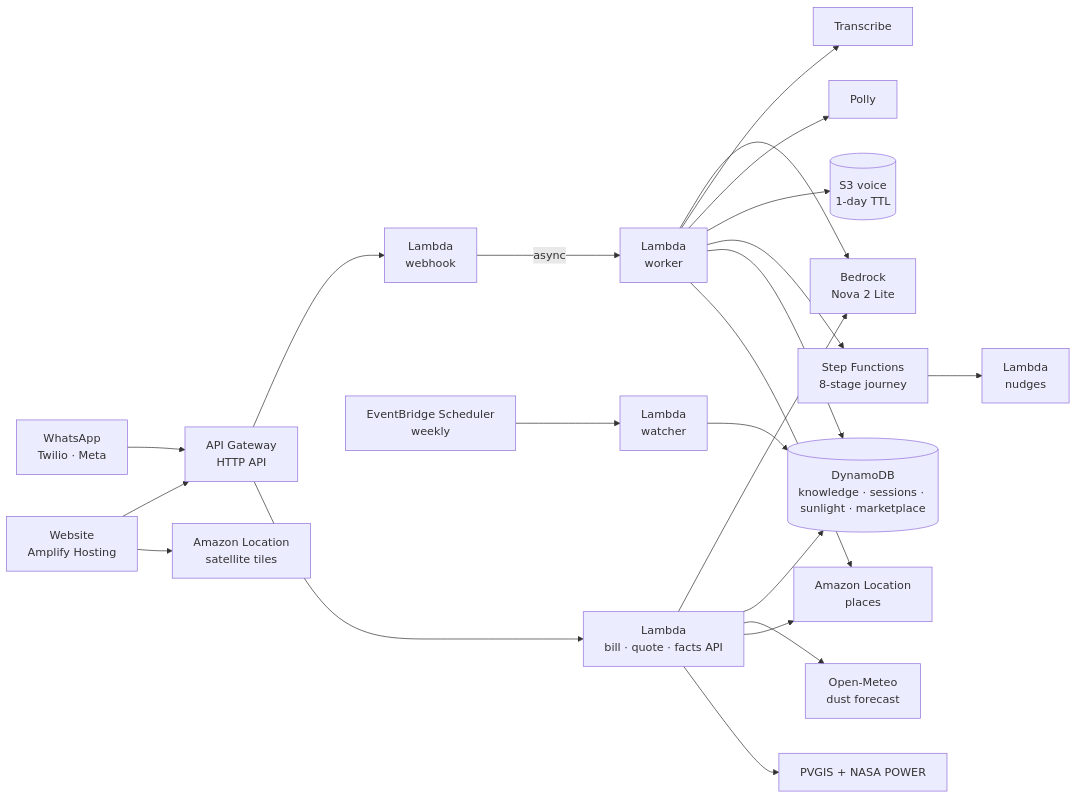
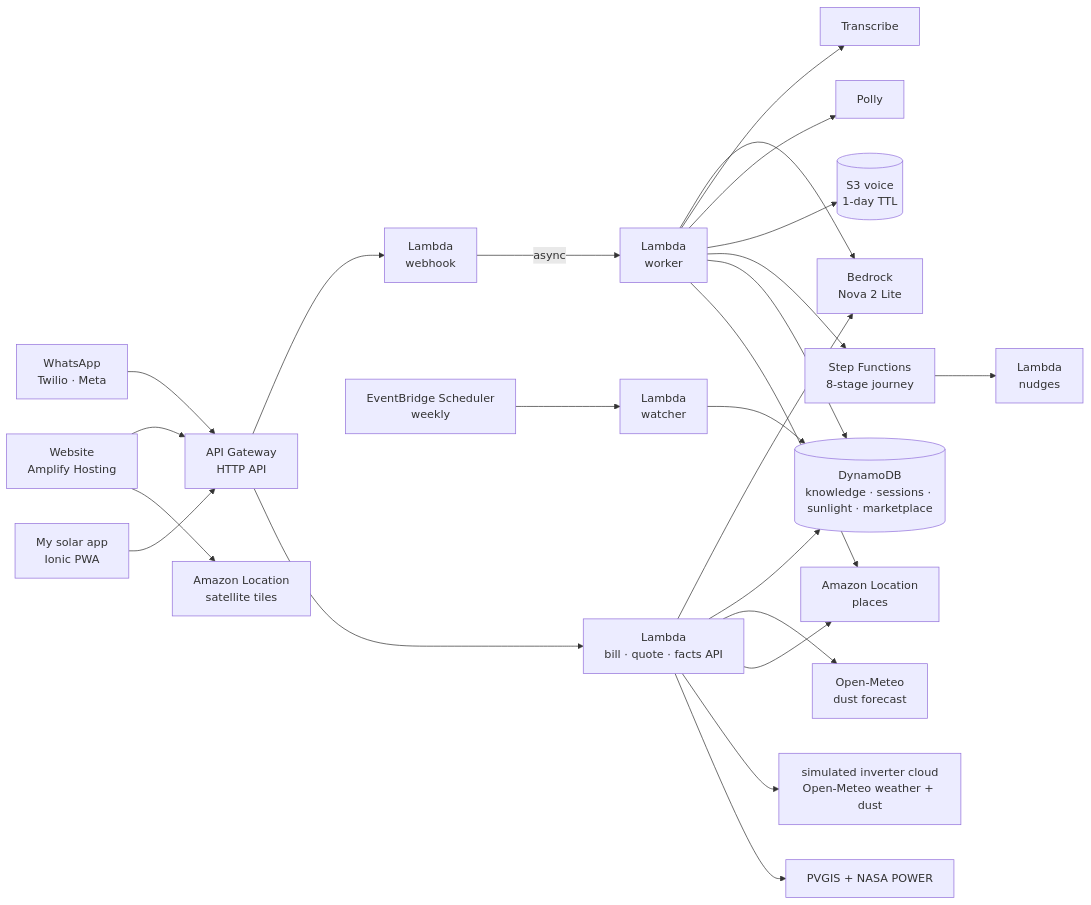
Before and after one commit to piyushk-dev/roshni: the diagram in README.md, drawn with Mermaid. The commit also changed other lines of this file and 4 other files, not shown here.

Commit message:
Docs and site for the My solar app; Hindi commands answered in Hindi

````diff
--- a/README.md
+++ b/README.md
@@ -49,17 +50,19 @@
 ```mermaid
 flowchart LR
   WA[WhatsApp<br/>Twilio · Meta] --> GW[API Gateway<br/>HTTP API]
   WEB[Website<br/>Amplify Hosting] --> GW
   GW --> HOOK[Lambda<br/>webhook] -->|async| WORK[Lambda<br/>worker]
   GW --> API[Lambda<br/>bill · quote · facts API]
   WORK --> BR[Bedrock<br/>Nova 2 Lite]
   API --> BR
   WORK --> TR[Transcribe] & PO[Polly] & S3[(S3 voice<br/>1-day TTL)]
   WORK --> SF[Step Functions<br/>8-stage journey] --> JL[Lambda<br/>nudges]
   WORK & API --> DDB[(DynamoDB<br/>knowledge · sessions · sunlight · marketplace)]
   API --> AQ[Open-Meteo<br/>dust forecast]
   WORK & API --> LOC[Amazon Location<br/>places]
   WEB --> TILES[Amazon Location<br/>satellite tiles]
+  APP[My solar app<br/>Ionic PWA] --> GW
+  API --> PLANT[simulated inverter cloud<br/>Open-Meteo weather + dust]
   SCH[EventBridge Scheduler<br/>weekly] --> WATCH[Lambda<br/>watcher] --> DDB
   API --> SUN[PVGIS + NASA POWER]
 ```
````
